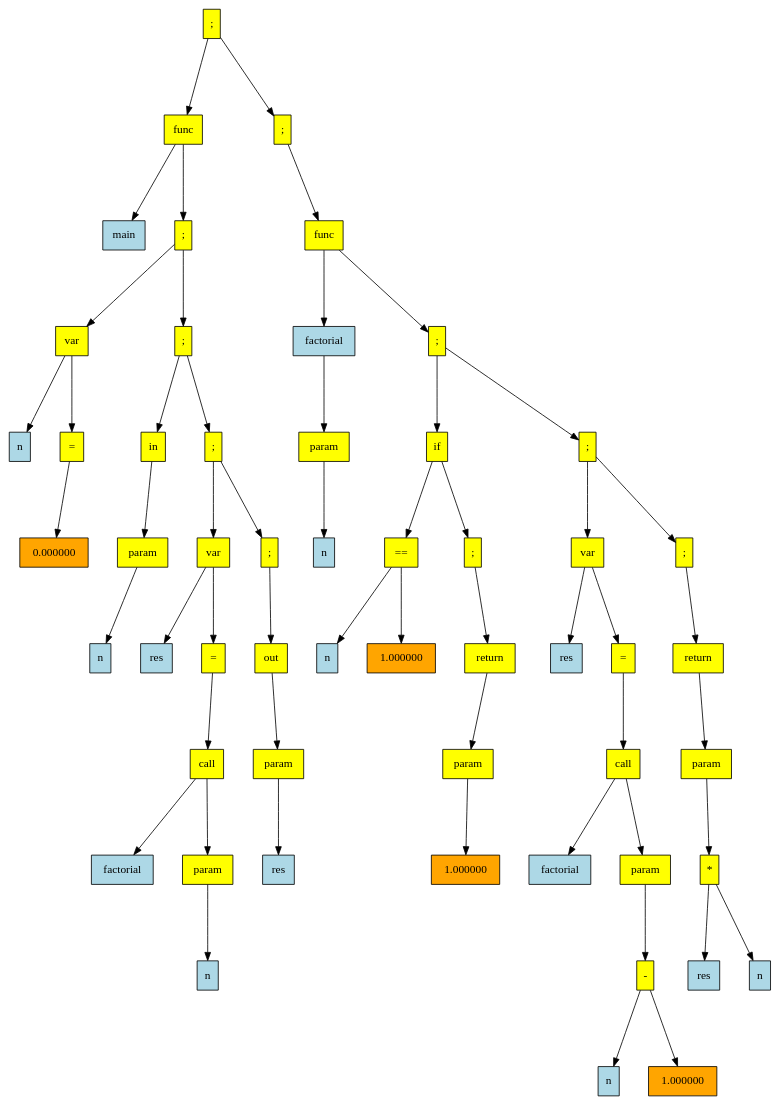
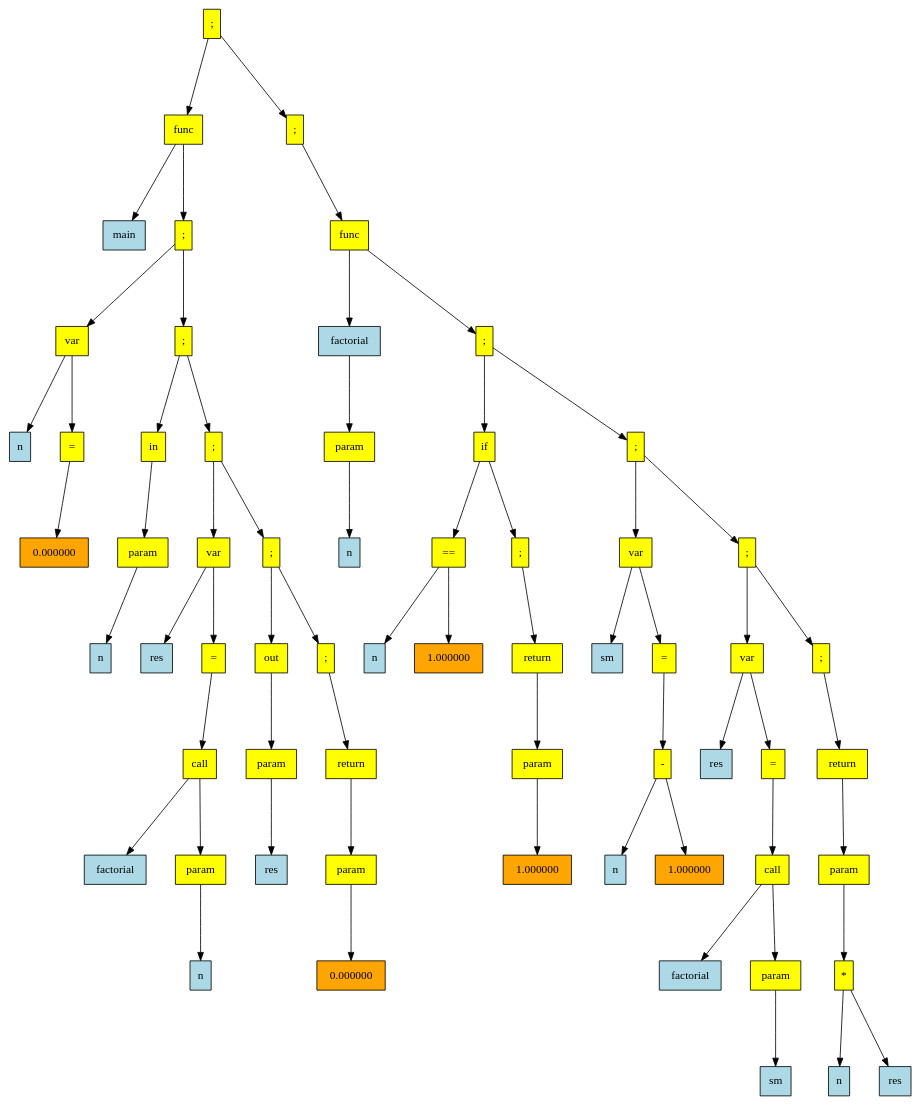
One commit to vvit19/Language changed the diagram in frontend/dump.dot. Above: the diagram before and after it, drawn with Graphviz. The commit also changed 33 other files, not shown here.

```diff
--- a/frontend/dump.dot
+++ b/frontend/dump.dot
@@ -2,165 +2,192 @@
             digraph g {
             rankdir   =  TB;
             graph[ranksep = 1.3, nodesep = 0.5, style = "rounded, filled"]
-            Node0x604000000d50[shape=rectangle, width=0.2, style="filled",fillcolor="yellow", label=";"]
-
-Node0x604000000590[shape=rectangle, width=0.2, style="filled",fillcolor="yellow", label="func"]
-
-Node0x604000000010[shape=rectangle, width=0.2, style="filled",fillcolor="lightblue", label="main"]
-
-Node0x604000000550[shape=rectangle, width=0.2, style="filled",fillcolor="yellow", label=";"]
-
-Node0x604000000110[shape=rectangle, width=0.2, style="filled",fillcolor="yellow", label="var"]
-
-Node0x604000000050[shape=rectangle, width=0.2, style="filled",fillcolor="lightblue", label="n"]
-
-Node0x6040000000d0[shape=rectangle, width=0.2, style="filled",fillcolor="yellow", label="="]
-
-Node0x604000000090[shape=rectangle, width=0.2, style="filled",fillcolor="orange", label="0.000000"]
-
-Node0x604000000510[shape=rectangle, width=0.2, style="filled",fillcolor="yellow", label=";"]
-
-Node0x6040000001d0[shape=rectangle, width=0.2, style="filled",fillcolor="yellow", label="in"]
-
-Node0x604000000190[shape=rectangle, width=0.2, style="filled",fillcolor="yellow", label="param"]
-
-Node0x604000000150[shape=rectangle, width=0.2, style="filled",fillcolor="lightblue", label="n"]
-
-Node0x6040000004d0[shape=rectangle, width=0.2, style="filled",fillcolor="yellow", label=";"]
-
-Node0x604000000390[shape=rectangle, width=0.2, style="filled",fillcolor="yellow", label="var"]
-
-Node0x604000000210[shape=rectangle, width=0.2, style="filled",fillcolor="lightblue", label="res"]
-
-Node0x604000000350[shape=rectangle, width=0.2, style="filled",fillcolor="yellow", label="="]
-
-Node0x604000000310[shape=rectangle, width=0.2, style="filled",fillcolor="yellow", label="call"]
-
-Node0x604000000250[shape=rectangle, width=0.2, style="filled",fillcolor="lightblue", label="factorial"]
-
-Node0x6040000002d0[shape=rectangle, width=0.2, style="filled",fillcolor="yellow", label="param"]
-
-Node0x604000000290[shape=rectangle, width=0.2, style="filled",fillcolor="lightblue", label="n"]
-
-Node0x604000000490[shape=rectangle, width=0.2, style="filled",fillcolor="yellow", label=";"]
-
-Node0x604000000450[shape=rectangle, width=0.2, style="filled",fillcolor="yellow", label="out"]
-
-Node0x604000000410[shape=rectangle, width=0.2, style="filled",fillcolor="yellow", label="param"]
-
-Node0x6040000003d0[shape=rectangle, width=0.2, style="filled",fillcolor="lightblue", label="res"]
-
-Node0x604000000d10[shape=rectangle, width=0.2, style="filled",fillcolor="yellow", label=";"]
-
-Node0x604000000cd0[shape=rectangle, width=0.2, style="filled",fillcolor="yellow", label="func"]
-
-Node0x6040000005d0[shape=rectangle, width=0.2, style="filled",fillcolor="lightblue", label="factorial"]
-
-Node0x604000000650[shape=rectangle, width=0.2, style="filled",fillcolor="yellow", label="param"]
-
-Node0x604000000610[shape=rectangle, width=0.2, style="filled",fillcolor="lightblue", label="n"]
-
-Node0x604000000c90[shape=rectangle, width=0.2, style="filled",fillcolor="yellow", label=";"]
-
-Node0x604000000690[shape=rectangle, width=0.2, style="filled",fillcolor="yellow", label="if"]
-
-Node0x604000000750[shape=rectangle, width=0.2, style="filled",fillcolor="yellow", label="=="]
-
-Node0x6040000006d0[shape=rectangle, width=0.2, style="filled",fillcolor="lightblue", label="n"]
-
-Node0x604000000710[shape=rectangle, width=0.2, style="filled",fillcolor="orange", label="1.000000"]
-
-Node0x604000000850[shape=rectangle, width=0.2, style="filled",fillcolor="yellow", label=";"]
-
-Node0x604000000810[shape=rectangle, width=0.2, style="filled",fillcolor="yellow", label="return"]
-
-Node0x6040000007d0[shape=rectangle, width=0.2, style="filled",fillcolor="yellow", label="param"]
-
-Node0x604000000790[shape=rectangle, width=0.2, style="filled",fillcolor="orange", label="1.000000"]
-
-Node0x604000000c50[shape=rectangle, width=0.2, style="filled",fillcolor="yellow", label=";"]
-
-Node0x604000000a90[shape=rectangle, width=0.2, style="filled",fillcolor="yellow", label="var"]
-
-Node0x604000000890[shape=rectangle, width=0.2, style="filled",fillcolor="lightblue", label="res"]
-
-Node0x604000000a50[shape=rectangle, width=0.2, style="filled",fillcolor="yellow", label="="]
-
-Node0x604000000a10[shape=rectangle, width=0.2, style="filled",fillcolor="yellow", label="call"]
-
-Node0x6040000008d0[shape=rectangle, width=0.2, style="filled",fillcolor="lightblue", label="factorial"]
-
-Node0x6040000009d0[shape=rectangle, width=0.2, style="filled",fillcolor="yellow", label="param"]
-
-Node0x604000000990[shape=rectangle, width=0.2, style="filled",fillcolor="yellow", label="-"]
-
-Node0x604000000910[shape=rectangle, width=0.2, style="filled",fillcolor="lightblue", label="n"]
-
-Node0x604000000950[shape=rectangle, width=0.2, style="filled",fillcolor="orange", label="1.000000"]
-
-Node0x604000000c10[shape=rectangle, width=0.2, style="filled",fillcolor="yellow", label=";"]
-
-Node0x604000000bd0[shape=rectangle, width=0.2, style="filled",fillcolor="yellow", label="return"]
-
-Node0x604000000b90[shape=rectangle, width=0.2, style="filled",fillcolor="yellow", label="param"]
-
-Node0x604000000b50[shape=rectangle, width=0.2, style="filled",fillcolor="yellow", label="*"]
-
-Node0x604000000ad0[shape=rectangle, width=0.2, style="filled",fillcolor="lightblue", label="res"]
-
-Node0x604000000b10[shape=rectangle, width=0.2, style="filled",fillcolor="lightblue", label="n"]
-
-Node0x604000000d50->Node0x604000000590
-Node0x604000000590->Node0x604000000010
-Node0x604000000590->Node0x604000000550
-Node0x604000000550->Node0x604000000110
+            Node0x604000000f90[shape=rectangle, width=0.2, style="filled",fillcolor="yellow", label=";"] 
+ 
+Node0x604000000690[shape=rectangle, width=0.2, style="filled",fillcolor="yellow", label="func"] 
+ 
+Node0x604000000010[shape=rectangle, width=0.2, style="filled",fillcolor="lightblue", label="main"] 
+ 
+Node0x604000000650[shape=rectangle, width=0.2, style="filled",fillcolor="yellow", label=";"] 
+ 
+Node0x604000000110[shape=rectangle, width=0.2, style="filled",fillcolor="yellow", label="var"] 
+ 
+Node0x604000000050[shape=rectangle, width=0.2, style="filled",fillcolor="lightblue", label="n"] 
+ 
+Node0x6040000000d0[shape=rectangle, width=0.2, style="filled",fillcolor="yellow", label="="] 
+ 
+Node0x604000000090[shape=rectangle, width=0.2, style="filled",fillcolor="orange", label="0.000000"] 
+ 
+Node0x604000000610[shape=rectangle, width=0.2, style="filled",fillcolor="yellow", label=";"] 
+ 
+Node0x6040000001d0[shape=rectangle, width=0.2, style="filled",fillcolor="yellow", label="in"] 
+ 
+Node0x604000000190[shape=rectangle, width=0.2, style="filled",fillcolor="yellow", label="param"] 
+ 
+Node0x604000000150[shape=rectangle, width=0.2, style="filled",fillcolor="lightblue", label="n"] 
+ 
+Node0x6040000005d0[shape=rectangle, width=0.2, style="filled",fillcolor="yellow", label=";"] 
+ 
+Node0x604000000390[shape=rectangle, width=0.2, style="filled",fillcolor="yellow", label="var"] 
+ 
+Node0x604000000210[shape=rectangle, width=0.2, style="filled",fillcolor="lightblue", label="res"] 
+ 
+Node0x604000000350[shape=rectangle, width=0.2, style="filled",fillcolor="yellow", label="="] 
+ 
+Node0x604000000310[shape=rectangle, width=0.2, style="filled",fillcolor="yellow", label="call"] 
+ 
+Node0x604000000250[shape=rectangle, width=0.2, style="filled",fillcolor="lightblue", label="factorial"] 
+ 
+Node0x6040000002d0[shape=rectangle, width=0.2, style="filled",fillcolor="yellow", label="param"] 
+ 
+Node0x604000000290[shape=rectangle, width=0.2, style="filled",fillcolor="lightblue", label="n"] 
+ 
+Node0x604000000590[shape=rectangle, width=0.2, style="filled",fillcolor="yellow", label=";"] 
+ 
+Node0x604000000450[shape=rectangle, width=0.2, style="filled",fillcolor="yellow", label="out"] 
+ 
+Node0x604000000410[shape=rectangle, width=0.2, style="filled",fillcolor="yellow", label="param"] 
+ 
+Node0x6040000003d0[shape=rectangle, width=0.2, style="filled",fillcolor="lightblue", label="res"] 
+ 
+Node0x604000000550[shape=rectangle, width=0.2, style="filled",fillcolor="yellow", label=";"] 
+ 
+Node0x604000000510[shape=rectangle, width=0.2, style="filled",fillcolor="yellow", label="return"] 
+ 
+Node0x6040000004d0[shape=rectangle, width=0.2, style="filled",fillcolor="yellow", label="param"] 
+ 
+Node0x604000000490[shape=rectangle, width=0.2, style="filled",fillcolor="orange", label="0.000000"] 
+ 
+Node0x604000000f50[shape=rectangle, width=0.2, style="filled",fillcolor="yellow", label=";"] 
+ 
+Node0x604000000f10[shape=rectangle, width=0.2, style="filled",fillcolor="yellow", label="func"] 
+ 
+Node0x6040000006d0[shape=rectangle, width=0.2, style="filled",fillcolor="lightblue", label="factorial"] 
+ 
+Node0x604000000750[shape=rectangle, width=0.2, style="filled",fillcolor="yellow", label="param"] 
+ 
+Node0x604000000710[shape=rectangle, width=0.2, style="filled",fillcolor="lightblue", label="n"] 
+ 
+Node0x604000000ed0[shape=rectangle, width=0.2, style="filled",fillcolor="yellow", label=";"] 
+ 
+Node0x604000000790[shape=rectangle, width=0.2, style="filled",fillcolor="yellow", label="if"] 
+ 
+Node0x604000000850[shape=rectangle, width=0.2, style="filled",fillcolor="yellow", label="=="] 
+ 
+Node0x6040000007d0[shape=rectangle, width=0.2, style="filled",fillcolor="lightblue", label="n"] 
+ 
+Node0x604000000810[shape=rectangle, width=0.2, style="filled",fillcolor="orange", label="1.000000"] 
+ 
+Node0x604000000950[shape=rectangle, width=0.2, style="filled",fillcolor="yellow", label=";"] 
+ 
+Node0x604000000910[shape=rectangle, width=0.2, style="filled",fillcolor="yellow", label="return"] 
+ 
+Node0x6040000008d0[shape=rectangle, width=0.2, style="filled",fillcolor="yellow", label="param"] 
+ 
+Node0x604000000890[shape=rectangle, width=0.2, style="filled",fillcolor="orange", label="1.000000"] 
+ 
+Node0x604000000e90[shape=rectangle, width=0.2, style="filled",fillcolor="yellow", label=";"] 
+ 
+Node0x604000000ad0[shape=rectangle, width=0.2, style="filled",fillcolor="yellow", label="var"] 
+ 
+Node0x604000000990[shape=rectangle, width=0.2, style="filled",fillcolor="lightblue", label="sm"] 
+ 
+Node0x604000000a90[shape=rectangle, width=0.2, style="filled",fillcolor="yellow", label="="] 
+ 
+Node0x604000000a50[shape=rectangle, width=0.2, style="filled",fillcolor="yellow", label="-"] 
+ 
+Node0x6040000009d0[shape=rectangle, width=0.2, style="filled",fillcolor="lightblue", label="n"] 
+ 
+Node0x604000000a10[shape=rectangle, width=0.2, style="filled",fillcolor="orange", label="1.000000"] 
+ 
+Node0x604000000e50[shape=rectangle, width=0.2, style="filled",fillcolor="yellow", label=";"] 
+ 
+Node0x604000000c90[shape=rectangle, width=0.2, style="filled",fillcolor="yellow", label="var"] 
+ 
+Node0x604000000b10[shape=rectangle, width=0.2, style="filled",fillcolor="lightblue", label="res"] 
+ 
+Node0x604000000c50[shape=rectangle, width=0.2, style="filled",fillcolor="yellow", label="="] 
+ 
+Node0x604000000c10[shape=rectangle, width=0.2, style="filled",fillcolor="yellow", label="call"] 
+ 
+Node0x604000000b50[shape=rectangle, width=0.2, style="filled",fillcolor="lightblue", label="factorial"] 
+ 
+Node0x604000000bd0[shape=rectangle, width=0.2, style="filled",fillcolor="yellow", label="param"] 
+ 
+Node0x604000000b90[shape=rectangle, width=0.2, style="filled",fillcolor="lightblue", label="sm"] 
+ 
+Node0x604000000e10[shape=rectangle, width=0.2, style="filled",fillcolor="yellow", label=";"] 
+ 
+Node0x604000000dd0[shape=rectangle, width=0.2, style="filled",fillcolor="yellow", label="return"] 
+ 
+Node0x604000000d90[shape=rectangle, width=0.2, style="filled",fillcolor="yellow", label="param"] 
+ 
+Node0x604000000d50[shape=rectangle, width=0.2, style="filled",fillcolor="yellow", label="*"] 
+ 
+Node0x604000000cd0[shape=rectangle, width=0.2, style="filled",fillcolor="lightblue", label="n"] 
+ 
+Node0x604000000d10[shape=rectangle, width=0.2, style="filled",fillcolor="lightblue", label="res"] 
+ 
+Node0x604000000f90->Node0x604000000690
+Node0x604000000690->Node0x604000000010
+Node0x604000000690->Node0x604000000650
+Node0x604000000650->Node0x604000000110
 Node0x604000000110->Node0x604000000050
 Node0x604000000110->Node0x6040000000d0
 Node0x6040000000d0->Node0x604000000090
-Node0x604000000550->Node0x604000000510
-Node0x604000000510->Node0x6040000001d0
+Node0x604000000650->Node0x604000000610
+Node0x604000000610->Node0x6040000001d0
 Node0x6040000001d0->Node0x604000000190
 Node0x604000000190->Node0x604000000150
-Node0x604000000510->Node0x6040000004d0
-Node0x6040000004d0->Node0x604000000390
+Node0x604000000610->Node0x6040000005d0
+Node0x6040000005d0->Node0x604000000390
 Node0x604000000390->Node0x604000000210
 Node0x604000000390->Node0x604000000350
 Node0x604000000350->Node0x604000000310
 Node0x604000000310->Node0x604000000250
 Node0x604000000310->Node0x6040000002d0
 Node0x6040000002d0->Node0x604000000290
-Node0x6040000004d0->Node0x604000000490
-Node0x604000000490->Node0x604000000450
+Node0x6040000005d0->Node0x604000000590
+Node0x604000000590->Node0x604000000450
 Node0x604000000450->Node0x604000000410
 Node0x604000000410->Node0x6040000003d0
-Node0x604000000d50->Node0x604000000d10
-Node0x604000000d10->Node0x604000000cd0
-Node0x604000000cd0->Node0x6040000005d0
-Node0x6040000005d0->Node0x604000000650
-Node0x604000000650->Node0x604000000610
-Node0x604000000cd0->Node0x604000000c90
-Node0x604000000c90->Node0x604000000690
-Node0x604000000690->Node0x604000000750
-Node0x604000000750->Node0x6040000006d0
+Node0x604000000590->Node0x604000000550
+Node0x604000000550->Node0x604000000510
+Node0x604000000510->Node0x6040000004d0
+Node0x6040000004d0->Node0x604000000490
+Node0x604000000f90->Node0x604000000f50
+Node0x604000000f50->Node0x604000000f10
+Node0x604000000f10->Node0x6040000006d0
+Node0x6040000006d0->Node0x604000000750
 Node0x604000000750->Node0x604000000710
-Node0x604000000690->Node0x604000000850
+Node0x604000000f10->Node0x604000000ed0
+Node0x604000000ed0->Node0x604000000790
+Node0x604000000790->Node0x604000000850
+Node0x604000000850->Node0x6040000007d0
 Node0x604000000850->Node0x604000000810
-Node0x604000000810->Node0x6040000007d0
-Node0x6040000007d0->Node0x604000000790
+Node0x604000000790->Node0x604000000950
+Node0x604000000950->Node0x604000000910
+Node0x604000000910->Node0x6040000008d0
+Node0x6040000008d0->Node0x604000000890
+Node0x604000000ed0->Node0x604000000e90
+Node0x604000000e90->Node0x604000000ad0
+Node0x604000000ad0->Node0x604000000990
+Node0x604000000ad0->Node0x604000000a90
+Node0x604000000a90->Node0x604000000a50
+Node0x604000000a50->Node0x6040000009d0
+Node0x604000000a50->Node0x604000000a10
+Node0x604000000e90->Node0x604000000e50
+Node0x604000000e50->Node0x604000000c90
+Node0x604000000c90->Node0x604000000b10
 Node0x604000000c90->Node0x604000000c50
-Node0x604000000c50->Node0x604000000a90
-Node0x604000000a90->Node0x604000000890
-Node0x604000000a90->Node0x604000000a50
-Node0x604000000a50->Node0x604000000a10
-Node0x604000000a10->Node0x6040000008d0
-Node0x604000000a10->Node0x6040000009d0
-Node0x6040000009d0->Node0x604000000990
-Node0x604000000990->Node0x604000000910
-Node0x604000000990->Node0x604000000950
 Node0x604000000c50->Node0x604000000c10
+Node0x604000000c10->Node0x604000000b50
 Node0x604000000c10->Node0x604000000bd0
 Node0x604000000bd0->Node0x604000000b90
-Node0x604000000b90->Node0x604000000b50
-Node0x604000000b50->Node0x604000000ad0
-Node0x604000000b50->Node0x604000000b10
+Node0x604000000e50->Node0x604000000e10
+Node0x604000000e10->Node0x604000000dd0
+Node0x604000000dd0->Node0x604000000d90
+Node0x604000000d90->Node0x604000000d50
+Node0x604000000d50->Node0x604000000cd0
+Node0x604000000d50->Node0x604000000d10
 }
```
